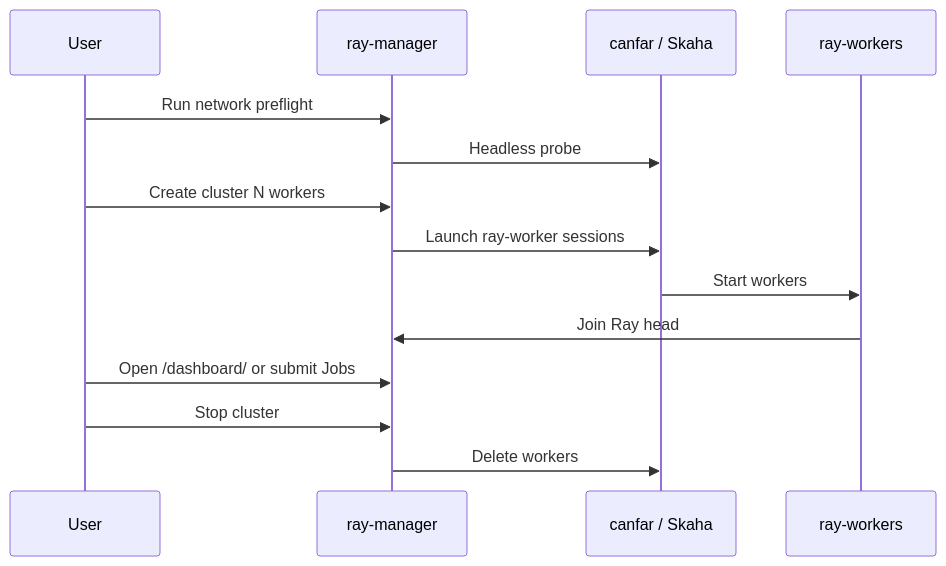
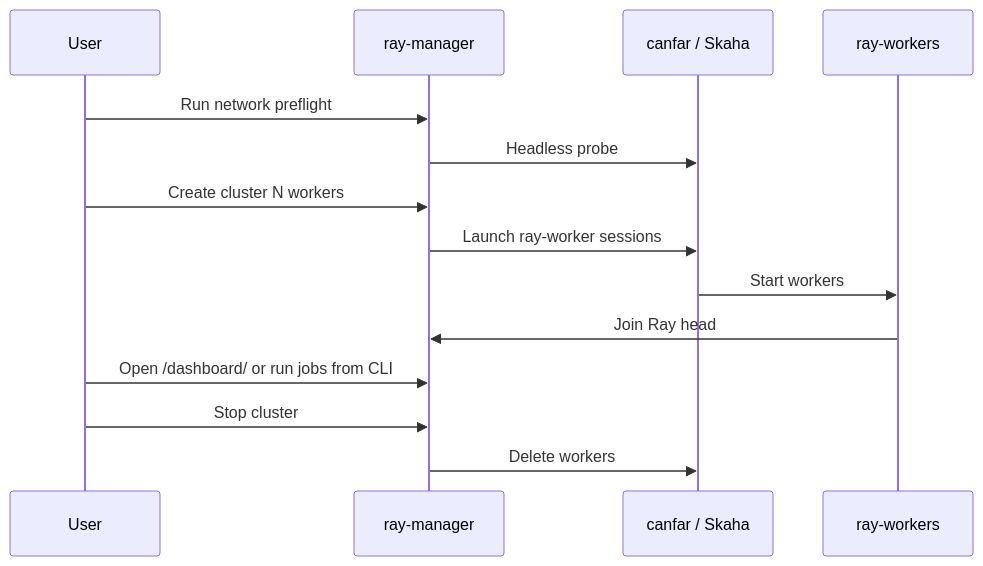
Before and after one commit to astroai/astroai-containers: the second of 2 diagrams in docs/RAY.md, drawn with Mermaid. The commit also changed other lines of this file, not shown here.

First line of the commit message:
Tell Ray users to ensure workers, then run.

````diff
--- a/docs/RAY.md
+++ b/docs/RAY.md
@@ -149,16 +166,16 @@
 ```mermaid
 sequenceDiagram
   participant U as User
   participant M as ray-manager
   participant C as canfar / Skaha
   participant W as ray-workers
   U->>M: Run network preflight
   M->>C: Headless probe
   U->>M: Create cluster N workers
   M->>C: Launch ray-worker sessions
   C->>W: Start workers
   W->>M: Join Ray head
-  U->>M: Open /dashboard/ or submit Jobs
+  U->>M: Open /dashboard/ or run jobs from CLI
   U->>M: Stop cluster
   M->>C: Delete workers
 ```
````
